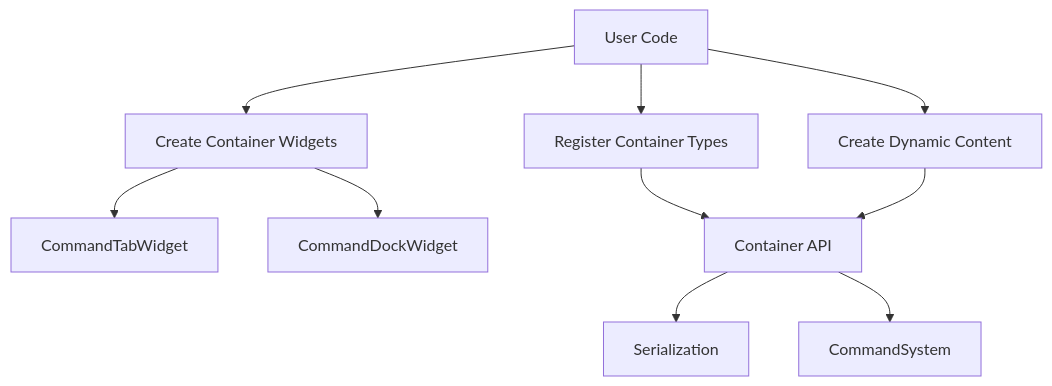
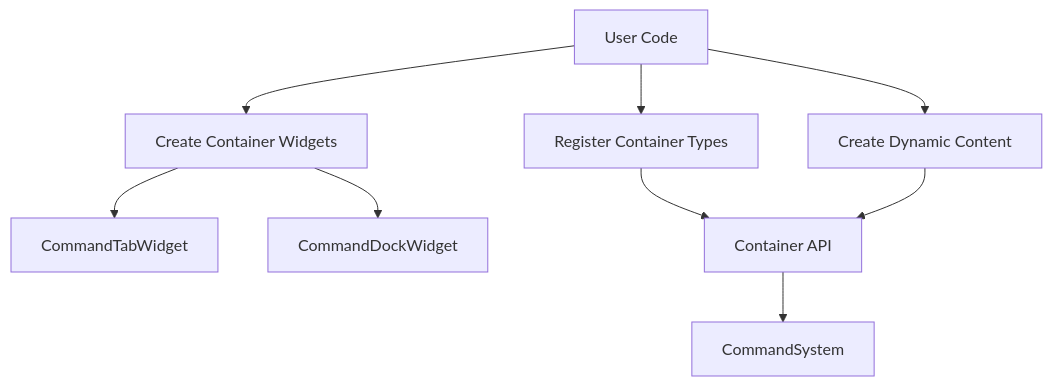
Before and after one commit to maro7tigre/PySignalDecipher: the first of 4 diagrams in command_system/docs/dynamic_containers.md, drawn with Mermaid. The commit also changed other lines of this file and 5 other files, not shown here.

````diff
--- a/command_system/docs/dynamic_containers.md
+++ b/command_system/docs/dynamic_containers.md
@@ -7,15 +7,14 @@
 ```mermaid
 flowchart TD
     User[User Code] --> CreateWidgets[Create Container Widgets]
     User --> RegisterTypes[Register Container Types]
     User --> InstantiateContent[Create Dynamic Content]
     
     CreateWidgets --> CommandTabWidget
     CreateWidgets --> CommandDockWidget
     
     RegisterTypes --> Container[Container API]
     InstantiateContent --> Container
     
-    Container --> Serialization
     Container --> CommandSystem
 ```
````
